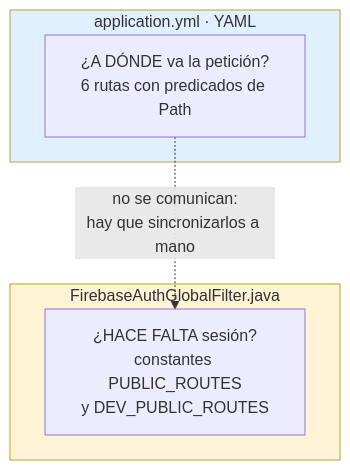
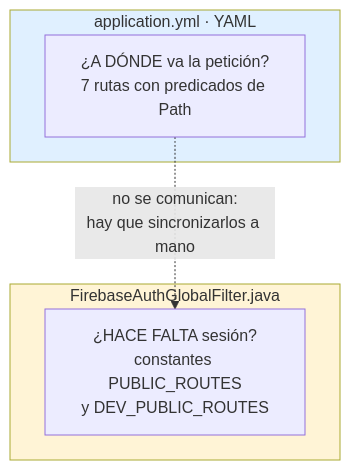
Before and after one commit to Forkthec/cameia-gateway: the fourth of 5 diagrams in docs/COMO-FUNCIONA.md, drawn with Mermaid. The commit also changed other lines of this file and 23 other files, not shown here.

````diff
--- a/docs/COMO-FUNCIONA.md
+++ b/docs/COMO-FUNCIONA.md
@@ -295,13 +297,13 @@
 ```mermaid
 flowchart TB
     subgraph Y["application.yml · YAML"]
-        Y1["¿A DÓNDE va la petición?<br/>6 rutas con predicados de Path"]
+        Y1["¿A DÓNDE va la petición?<br/>7 rutas con predicados de Path"]
     end
     subgraph J["FirebaseAuthGlobalFilter.java"]
         J1["¿HACE FALTA sesión?<br/>constantes PUBLIC_ROUTES<br/>y DEV_PUBLIC_ROUTES"]
     end
     Y1 -.->|"no se comunican:<br/>hay que sincronizarlos a mano"| J1
 
     style Y fill:#e0f0ff
     style J fill:#fff4d6
 ```
````
